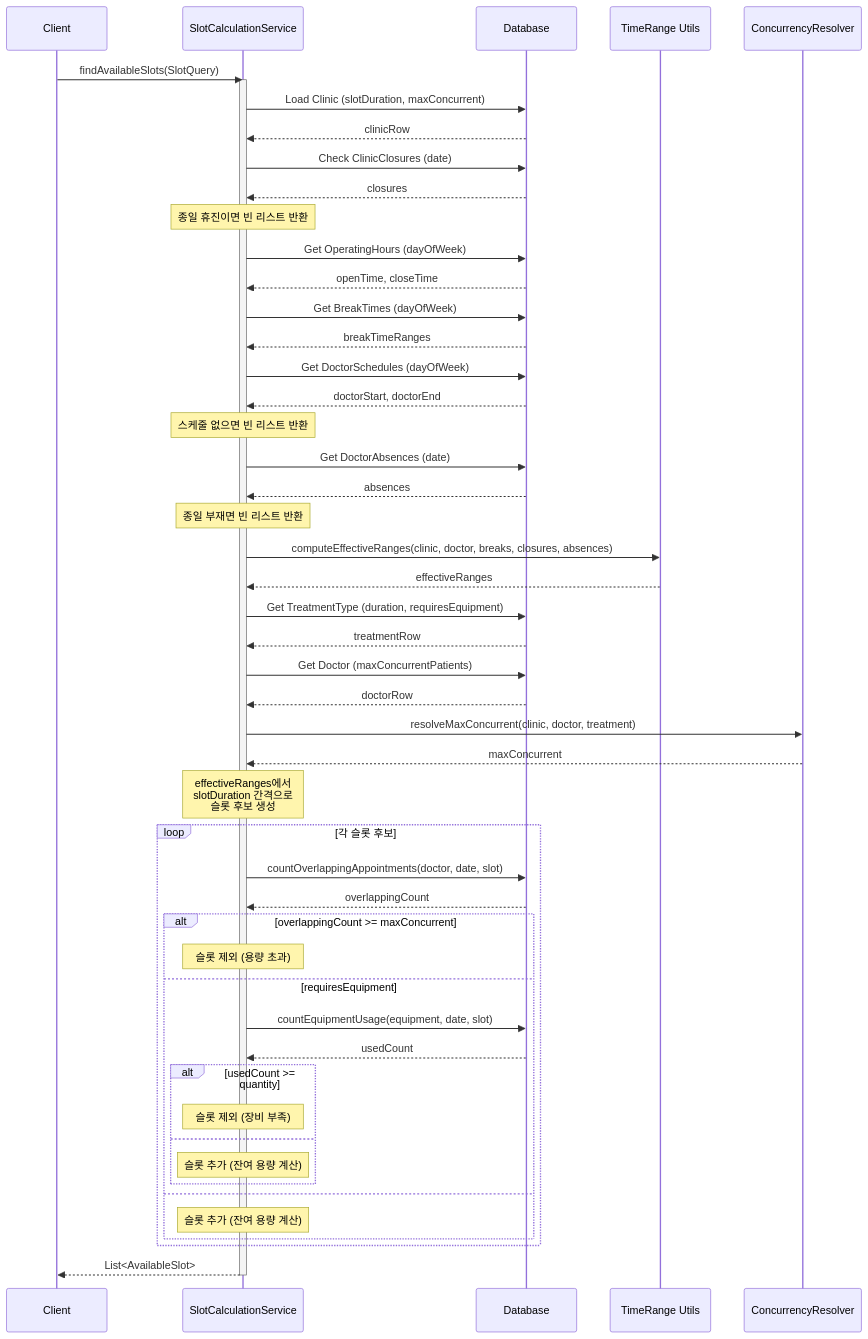
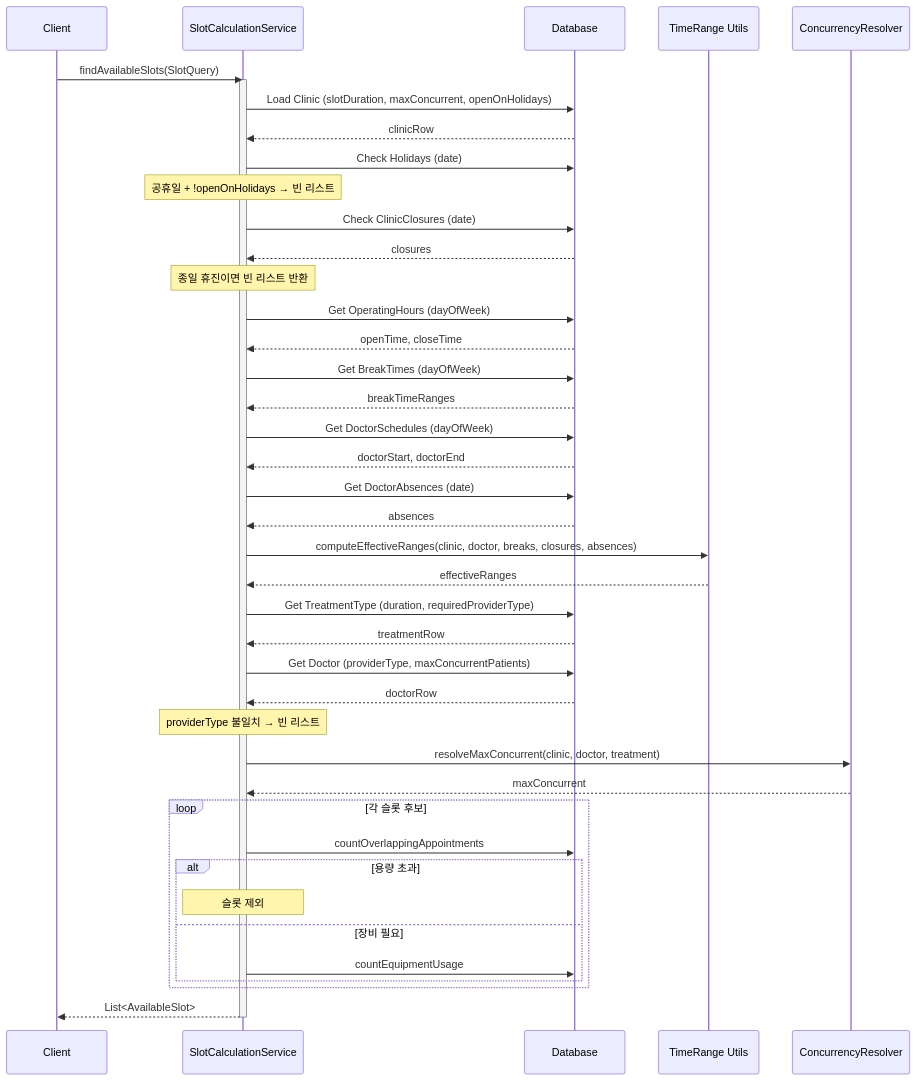
The fifth of 9 diagrams in scheduling/README.md (bluetape4k/bluetape4k-experimental), drawn with Mermaid before and after one commit. The commit also changed other lines of this file, not shown here.

````diff
--- a/scheduling/README.md
+++ b/scheduling/README.md
@@ -353,68 +385,58 @@
 ```mermaid
 sequenceDiagram
     participant Client
     participant SCS as SlotCalculationService
     participant DB as Database
     participant TR as TimeRange Utils
     participant CR as ConcurrencyResolver
 
     Client->>SCS: findAvailableSlots(SlotQuery)
     activate SCS
 
-    SCS->>DB: Load Clinic (slotDuration, maxConcurrent)
+    SCS->>DB: Load Clinic (slotDuration, maxConcurrent, openOnHolidays)
     DB-->>SCS: clinicRow
+
+    SCS->>DB: Check Holidays (date)
+    Note over SCS: 공휴일 + !openOnHolidays → 빈 리스트
 
     SCS->>DB: Check ClinicClosures (date)
     DB-->>SCS: closures
     Note over SCS: 종일 휴진이면 빈 리스트 반환
 
     SCS->>DB: Get OperatingHours (dayOfWeek)
     DB-->>SCS: openTime, closeTime
 
     SCS->>DB: Get BreakTimes (dayOfWeek)
     DB-->>SCS: breakTimeRanges
 
     SCS->>DB: Get DoctorSchedules (dayOfWeek)
     DB-->>SCS: doctorStart, doctorEnd
-    Note over SCS: 스케줄 없으면 빈 리스트 반환
 
     SCS->>DB: Get DoctorAbsences (date)
     DB-->>SCS: absences
-    Note over SCS: 종일 부재면 빈 리스트 반환
 
     SCS->>TR: computeEffectiveRanges(clinic, doctor, breaks, closures, absences)
     TR-->>SCS: effectiveRanges
 
-    SCS->>DB: Get TreatmentType (duration, requiresEquipment)
+    SCS->>DB: Get TreatmentType (duration, requiredProviderType)
     DB-->>SCS: treatmentRow
 
-    SCS->>DB: Get Doctor (maxConcurrentPatients)
+    SCS->>DB: Get Doctor (providerType, maxConcurrentPatients)
     DB-->>SCS: doctorRow
+    Note over SCS: providerType 불일치 → 빈 리스트
 
     SCS->>CR: resolveMaxConcurrent(clinic, doctor, treatment)
     CR-->>SCS: maxConcurrent
 
-    Note over SCS: effectiveRanges에서<br/>slotDuration 간격으로<br/>슬롯 후보 생성
-
     loop 각 슬롯 후보
-        SCS->>DB: countOverlappingAppointments(doctor, date, slot)
-        DB-->>SCS: overlappingCount
-
-        alt overlappingCount >= maxConcurrent
-            Note over SCS: 슬롯 제외 (용량 초과)
-        else requiresEquipment
-            SCS->>DB: countEquipmentUsage(equipment, date, slot)
-            DB-->>SCS: usedCount
-            alt usedCount >= quantity
-                Note over SCS: 슬롯 제외 (장비 부족)
-            else
-                Note over SCS: 슬롯 추가 (잔여 용량 계산)
-            end
-        else
-            Note over SCS: 슬롯 추가 (잔여 용량 계산)
+        SCS->>DB: countOverlappingAppointments
+        alt 용량 초과
+            Note over SCS: 슬롯 제외
+        else 장비 필요
+            SCS->>DB: countEquipmentUsage
         end
     end
 
     SCS-->>Client: List<AvailableSlot>
     deactivate SCS
 ```
````
